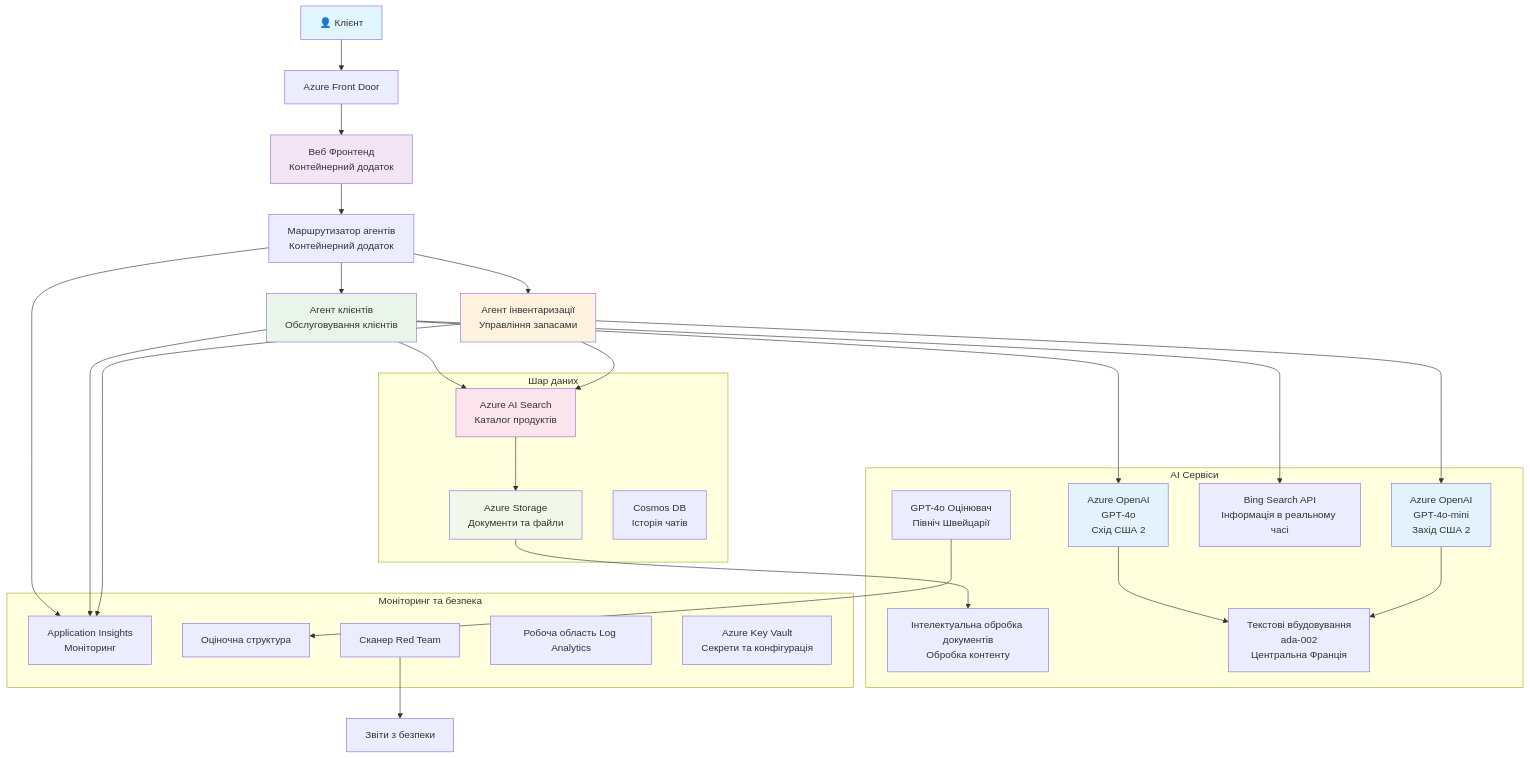
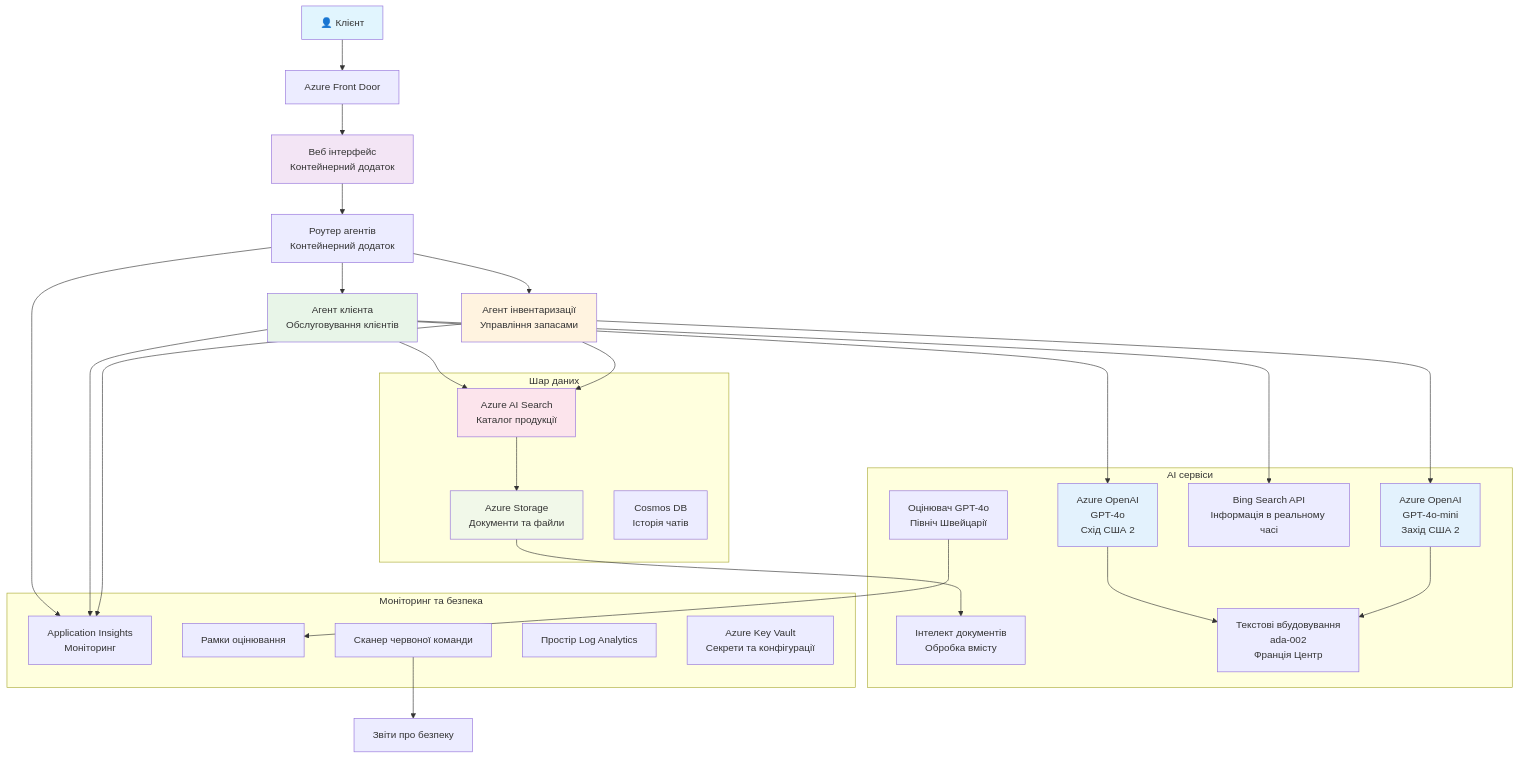
One commit to microsoft/AZD-for-beginners changed the diagram in translations/uk/examples/retail-scenario.md. Above: the diagram before and after it, drawn with Mermaid. The commit also changed other lines of this file and 242 other files, not shown here.

````diff
--- a/translations/uk/examples/retail-scenario.md
+++ b/translations/uk/examples/retail-scenario.md
@@ -148,61 +139,61 @@
 ```mermaid
 graph TB
     User[👤 Клієнт] --> LB[Azure Front Door]
-    LB --> WebApp[Веб Фронтенд<br/>Контейнерний додаток]
+    LB --> WebApp[Веб інтерфейс<br/>Контейнерний додаток]
     
-    WebApp --> Router[Маршрутизатор агентів<br/>Контейнерний додаток]
-    Router --> CustomerAgent[Агент клієнтів<br/>Обслуговування клієнтів]
+    WebApp --> Router[Роутер агентів<br/>Контейнерний додаток]
+    Router --> CustomerAgent[Агент клієнта<br/>Обслуговування клієнтів]
     Router --> InvAgent[Агент інвентаризації<br/>Управління запасами]
     
     CustomerAgent --> OpenAI1[Azure OpenAI<br/>GPT-4o<br/>Схід США 2]
     InvAgent --> OpenAI2[Azure OpenAI<br/>GPT-4o-mini<br/>Захід США 2]
     
-    CustomerAgent --> AISearch[Azure AI Search<br/>Каталог продуктів]
+    CustomerAgent --> AISearch[Azure AI Search<br/>Каталог продукції]
     CustomerAgent --> BingSearch[Bing Search API<br/>Інформація в реальному часі]
     InvAgent --> AISearch
     
     AISearch --> Storage[Azure Storage<br/>Документи та файли]
-    Storage --> DocIntel[Інтелектуальна обробка документів<br/>Обробка контенту]
+    Storage --> DocIntel[Інтелект документів<br/>Обробка вмісту]
     
-    OpenAI1 --> Embeddings[Текстові вбудовування<br/>ada-002<br/>Центральна Франція]
+    OpenAI1 --> Embeddings[Текстові вбудовування<br/>ada-002<br/>Франція Центр]
     OpenAI2 --> Embeddings
     
     Router --> AppInsights[Application Insights<br/>Моніторинг]
     CustomerAgent --> AppInsights
     InvAgent --> AppInsights
     
-    GraderModel[GPT-4o Оцінювач<br/>Північ Швейцарії] --> Evaluation[Оціночна структура]
-    RedTeam[Сканер Red Team] --> SecurityReports[Звіти з безпеки]
+    GraderModel[Оцінювач GPT-4o<br/>Північ Швейцарії] --> Evaluation[Рамки оцінювання]
+    RedTeam[Сканер червоної команди] --> SecurityReports[Звіти про безпеку]
     
     subgraph "Шар даних"
         Storage
         AISearch
         CosmosDB[Cosmos DB<br/>Історія чатів]
     end
     
-    subgraph "AI Сервіси"
+    subgraph "AI сервіси"
         OpenAI1
         OpenAI2
         Embeddings
         GraderModel
         DocIntel
         BingSearch
     end
     
     subgraph "Моніторинг та безпека"
         AppInsights
-        LogAnalytics[Робоча область Log Analytics]
-        KeyVault[Azure Key Vault<br/>Секрети та конфігурація]
+        LogAnalytics[Простір Log Analytics]
+        KeyVault[Azure Key Vault<br/>Секрети та конфігурації]
         RedTeam
         Evaluation
     end
     
     style User fill:#e1f5fe
     style WebApp fill:#f3e5f5
     style CustomerAgent fill:#e8f5e8
     style InvAgent fill:#fff3e0
     style OpenAI1 fill:#e3f2fd
     style OpenAI2 fill:#e3f2fd
     style AISearch fill:#fce4ec
     style Storage fill:#f1f8e9
-```
+```  
````
